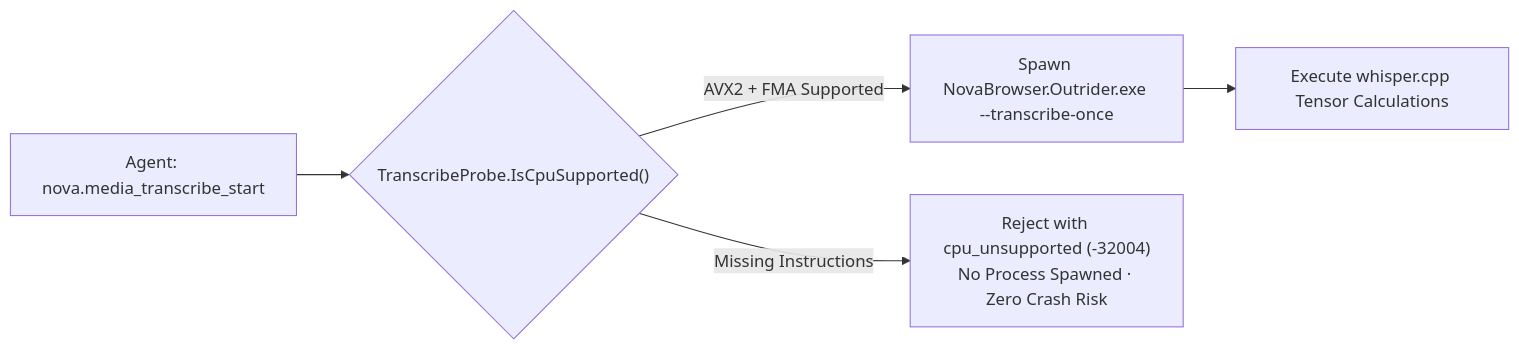
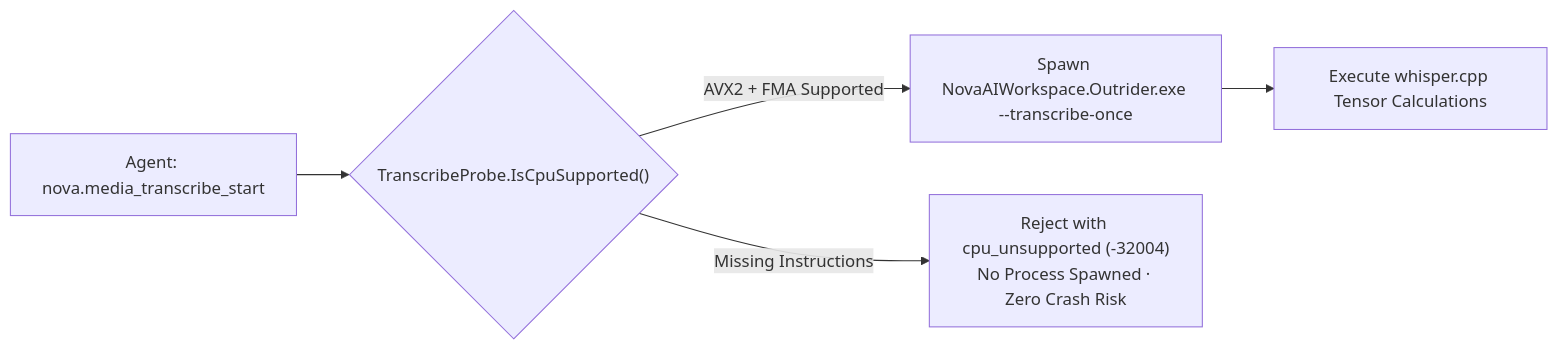
The second of 2 diagrams in docs/components/outrider/README.md (joelaniol/nova), drawn with Mermaid before and after one commit. The commit also changed other lines of this file and 58 other files, not shown here.

Commit message:
docs: run_rows tools, fastlane memory tools, NovaAIWorkspace helper names

````diff
--- a/docs/components/outrider/README.md
+++ b/docs/components/outrider/README.md
@@ -104,7 +104,7 @@
 ```mermaid
 flowchart LR
     Job["Agent: nova.media_transcribe_start"] --> Preflight{"TranscribeProbe.IsCpuSupported()"}
-    Preflight -- "AVX2 + FMA Supported" --> Launch["Spawn NovaBrowser.Outrider.exe --transcribe-once"]
+    Preflight -- "AVX2 + FMA Supported" --> Launch["Spawn NovaAIWorkspace.Outrider.exe --transcribe-once"]
     Preflight -- "Missing Instructions" --> RejectEarly["Reject with cpu_unsupported (-32004)<br/>No Process Spawned · Zero Crash Risk"]
     Launch --> NativeInference["Execute whisper.cpp Tensor Calculations"]
 ```
````
